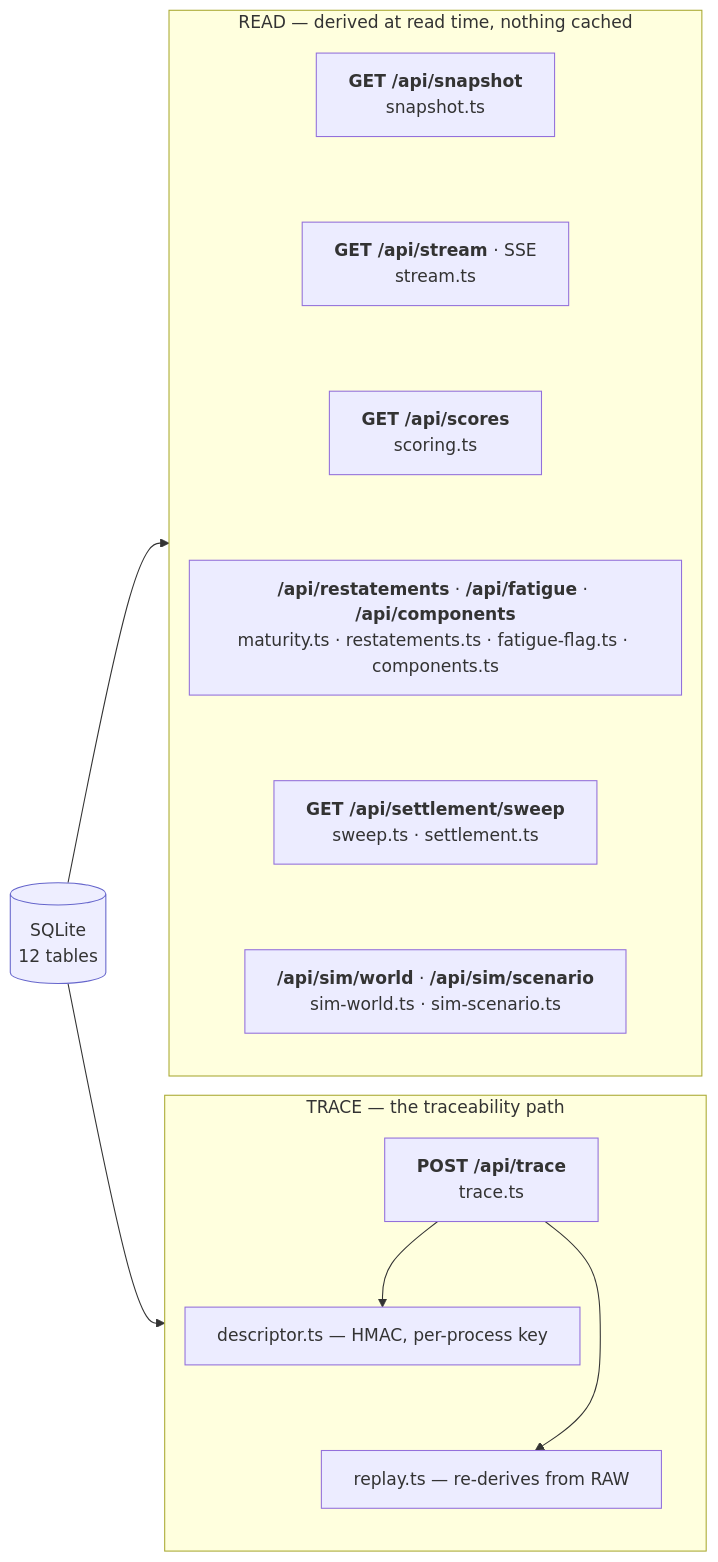
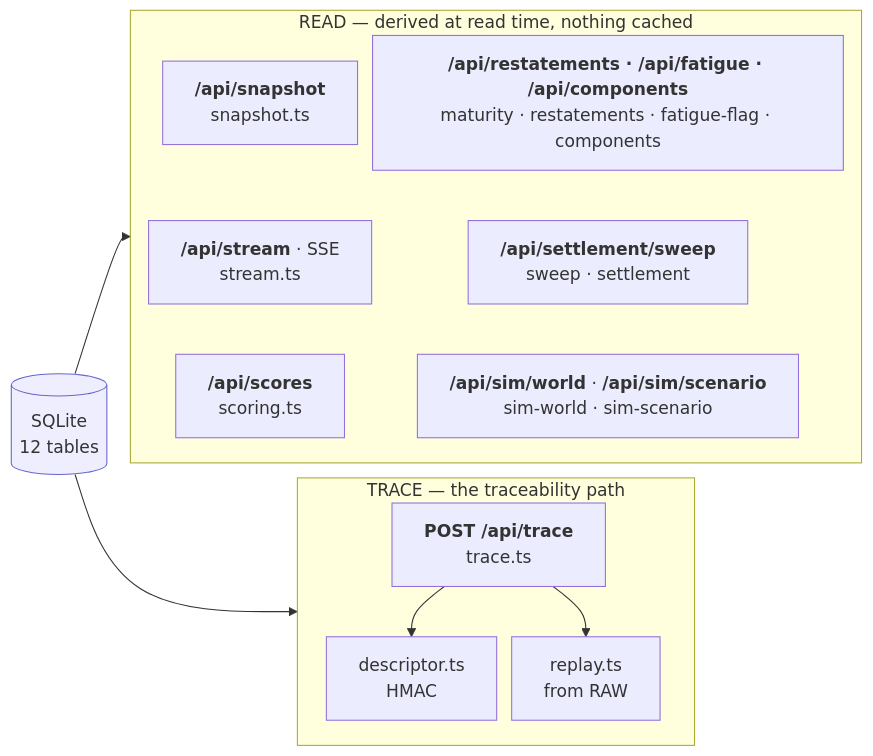
One commit to senoalvrtsyan/flawless-loop changed the fourth of 7 diagrams in docs/ARCHITECTURE.md. Above: the diagram before and after it, drawn with Mermaid. The commit also changed other lines of this file and 1 other file, not shown here.

````diff
--- a/docs/ARCHITECTURE.md
+++ b/docs/ARCHITECTURE.md
@@ -179,30 +178,30 @@
 ```mermaid
-%%{init: {"flowchart": {"nodeSpacing": 18, "rankSpacing": 55, "diagramPadding": 4, "wrappingWidth": 400}}}%%
+%%{init: {"flowchart": {"nodeSpacing": 14, "rankSpacing": 22, "diagramPadding": 4, "wrappingWidth": 380}}}%%
 flowchart LR
   DB[("SQLite<br/>12 tables")]
 
   subgraph RD["READ — derived at read time, nothing cached"]
-    SN["<b>GET /api/snapshot</b><br/>snapshot.ts"]
-    ST["<b>GET /api/stream</b> · SSE<br/>stream.ts"]
-    SC["<b>GET /api/scores</b><br/>scoring.ts"]
-    MA["<b>/api/restatements</b> · <b>/api/fatigue</b> · <b>/api/components</b><br/>maturity.ts · restatements.ts · fatigue-flag.ts · components.ts"]
-    SW["<b>GET /api/settlement/sweep</b><br/>sweep.ts · settlement.ts"]
-    SI["<b>/api/sim/world</b> · <b>/api/sim/scenario</b><br/>sim-world.ts · sim-scenario.ts"]
-    SN ~~~ ST ~~~ SC ~~~ MA ~~~ SW ~~~ SI
+    SN["<b>/api/snapshot</b><br/>snapshot.ts"]
+    ST["<b>/api/stream</b> · SSE<br/>stream.ts"]
+    SC["<b>/api/scores</b><br/>scoring.ts"]
+    MA["<b>/api/restatements · /api/fatigue · /api/components</b><br/>maturity · restatements · fatigue-flag · components"]
+    SW["<b>/api/settlement/sweep</b><br/>sweep · settlement"]
+    SI["<b>/api/sim/world</b> · <b>/api/sim/scenario</b><br/>sim-world · sim-scenario"]
+    SN ~~~ ST ~~~ SC
+    MA ~~~ SW ~~~ SI
   end
 
   subgraph TR["TRACE — the traceability path"]
     T["<b>POST /api/trace</b><br/>trace.ts"]
-    DE["descriptor.ts — HMAC, per-process key"]
-    RP["replay.ts — re-derives from RAW"]
-    DE ~~~ RP
+    DE["descriptor.ts<br/>HMAC"]
+    RP["replay.ts<br/>from RAW"]
   end
 
   DB --> RD
   DB --> TR
   T --> DE
   T --> RP
 
   classDef store fill:#eef,stroke:#66c
   class DB store
 ```
````
